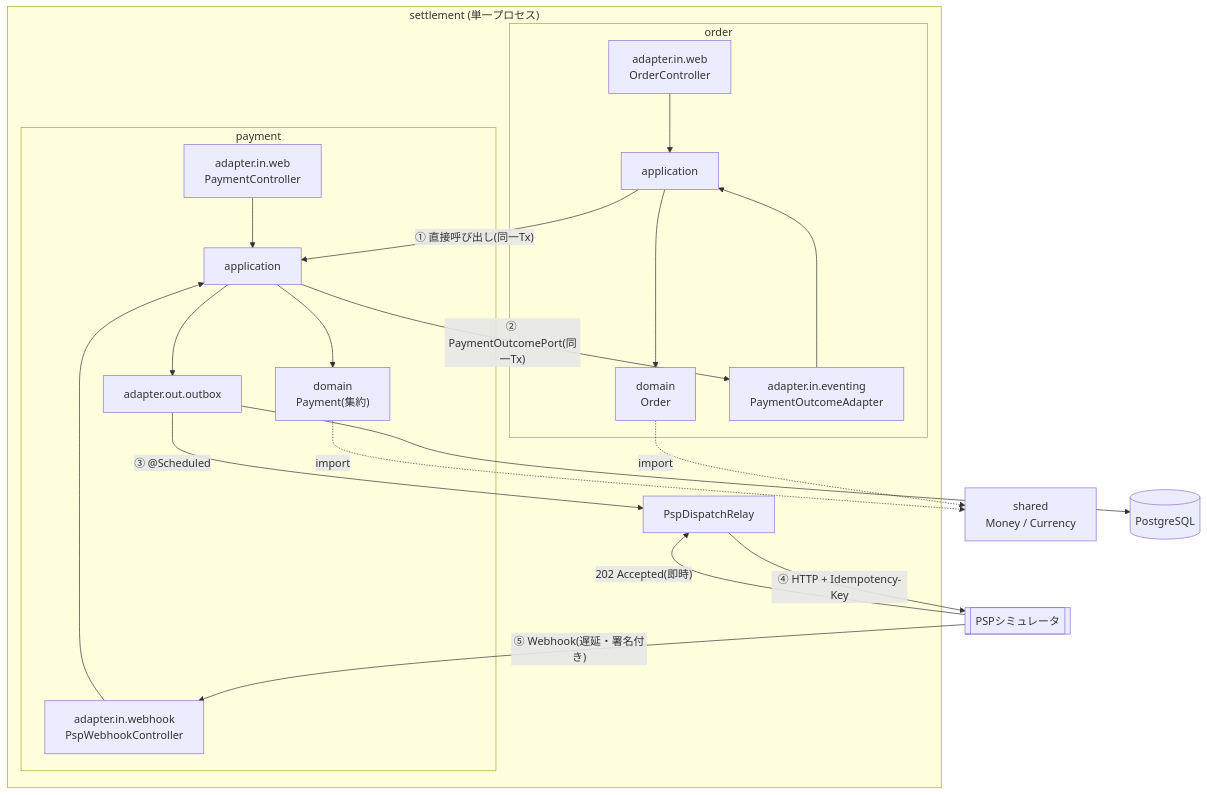
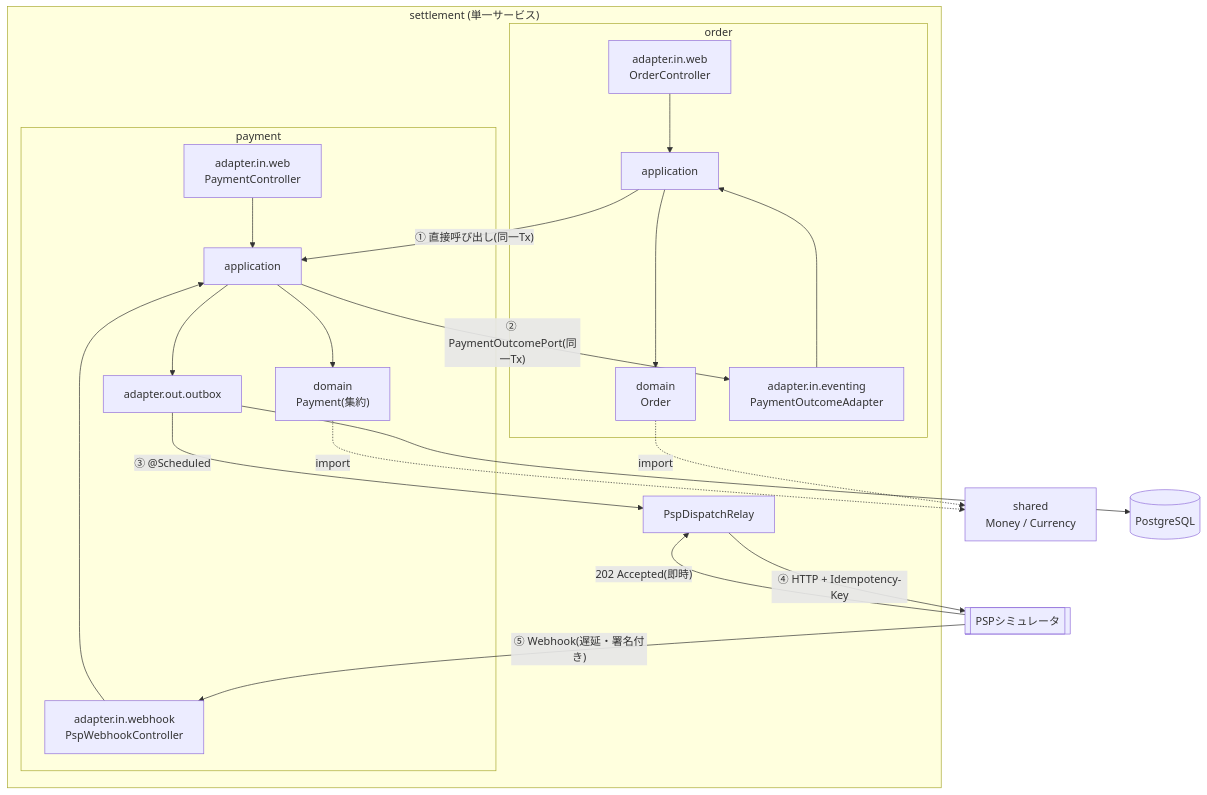
One commit to mizuna325/settlement changed the diagram in README.md. Above: the diagram before and after it, drawn with Mermaid. The commit also changed other lines of this file and 1 other file, not shown here.

````diff
--- a/README.md
+++ b/README.md
@@ -274,25 +274,25 @@
 ```mermaid
 graph TB
-  subgraph APP["settlement (単一プロセス)"]
+  subgraph APP["settlement (単一サービス)"]
     subgraph OC["order"]
       OW["adapter.in.web<br/>OrderController"] --> OA["application"]
       OA --> OD["domain<br/>Order"]
       OE["adapter.in.eventing<br/>PaymentOutcomeAdapter"] --> OA
     end
     subgraph PC["payment"]
       PW["adapter.in.webhook<br/>PspWebhookController"] --> PA["application"]
       PQ["adapter.in.web<br/>PaymentController"] --> PA
       PA --> PD["domain<br/>Payment(集約)"]
       PA --> PO["adapter.out.outbox"]
     end
     OA -- "① 直接呼び出し(同一Tx)" --> PA
     PA -- "② PaymentOutcomePort(同一Tx)" --> OE
     PO -- "③ @Scheduled" --> RELAY["PspDispatchRelay"]
   end
   OD -. import .-> SH["shared<br/>Money / Currency"]
   PD -. import .-> SH
   PO --> DB[("PostgreSQL")]
   RELAY -- "④ HTTP + Idempotency-Key" --> PSP[["PSPシミュレータ"]]
   PSP -- "202 Accepted(即時)" --> RELAY
   PSP -- "⑤ Webhook(遅延・署名付き)" --> PW
 ```
````
